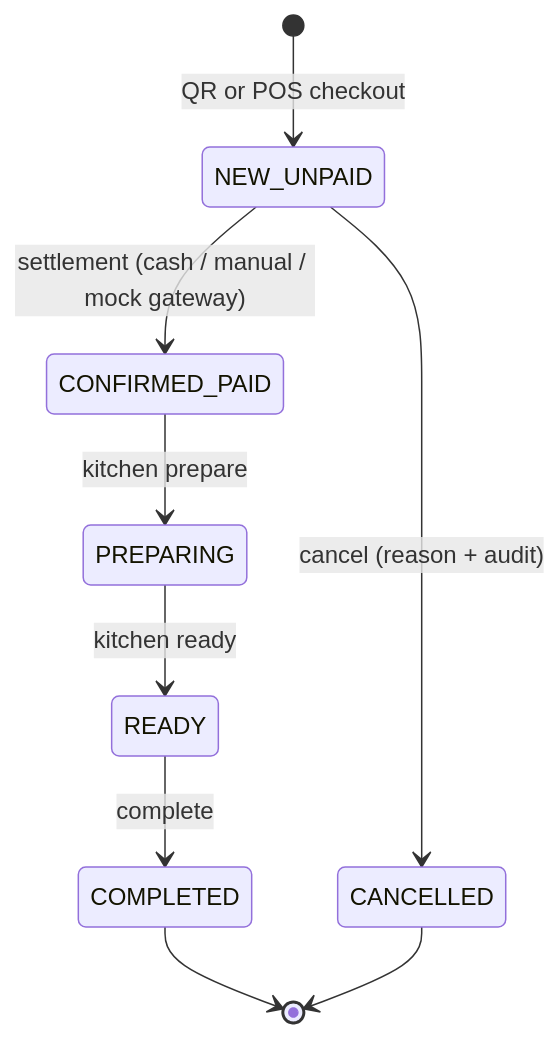
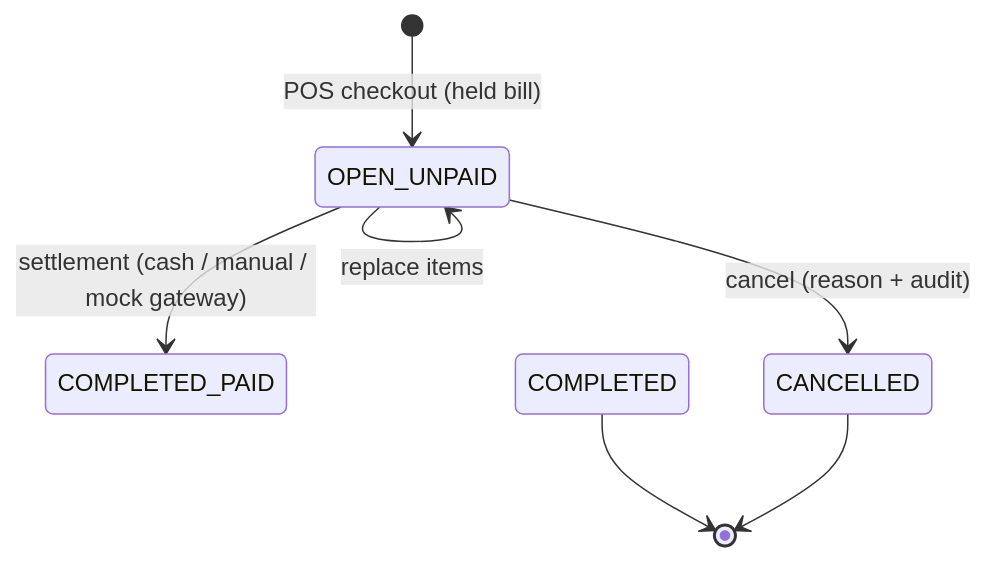
One commit to finnn789/cashier-saas changed the second of 2 diagrams in README.md. Above: the diagram before and after it, drawn with Mermaid. The commit also changed other lines of this file and 56 other files, not shown here.

First line of the commit message:
feat(pivot): OPEN/COMPLETED/CANCELLED status, V6 migration and server-side hold bill

````diff
--- a/README.md
+++ b/README.md
@@ -55,11 +48,9 @@
 ```mermaid
 stateDiagram-v2
-    [*] --> NEW_UNPAID: QR or POS checkout
-    NEW_UNPAID --> CONFIRMED_PAID: settlement (cash / manual / mock gateway)
-    NEW_UNPAID --> CANCELLED: cancel (reason + audit)
-    CONFIRMED_PAID --> PREPARING: kitchen prepare
-    PREPARING --> READY: kitchen ready
-    READY --> COMPLETED: complete
+    [*] --> OPEN_UNPAID: POS checkout (held bill)
+    OPEN_UNPAID --> OPEN_UNPAID: replace items
+    OPEN_UNPAID --> COMPLETED_PAID: settlement (cash / manual / mock gateway)
+    OPEN_UNPAID --> CANCELLED: cancel (reason + audit)
     COMPLETED --> [*]
     CANCELLED --> [*]
 ```
````
